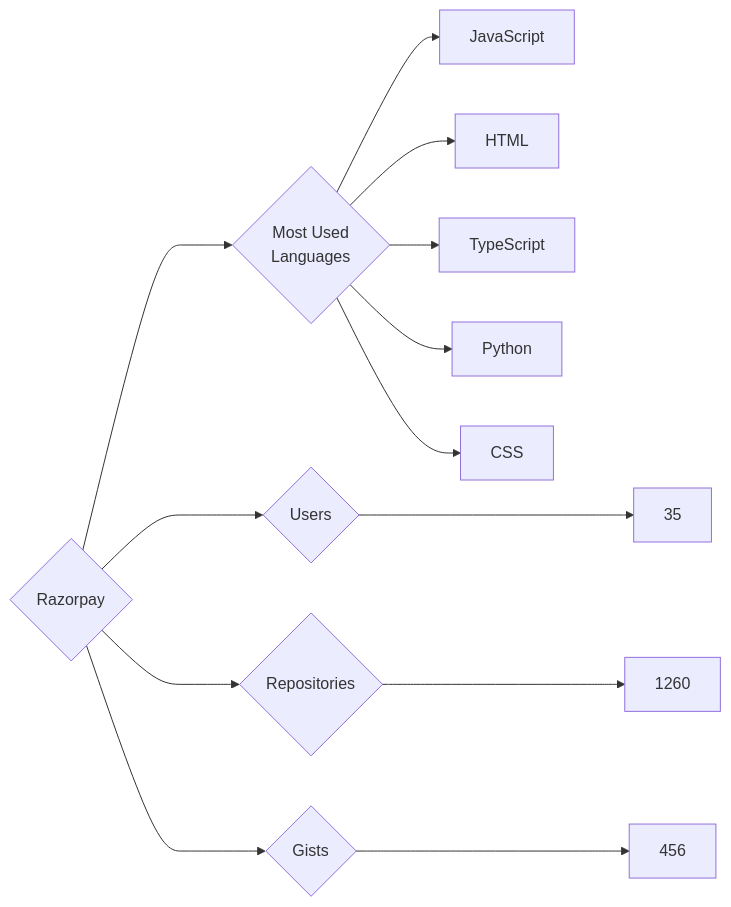
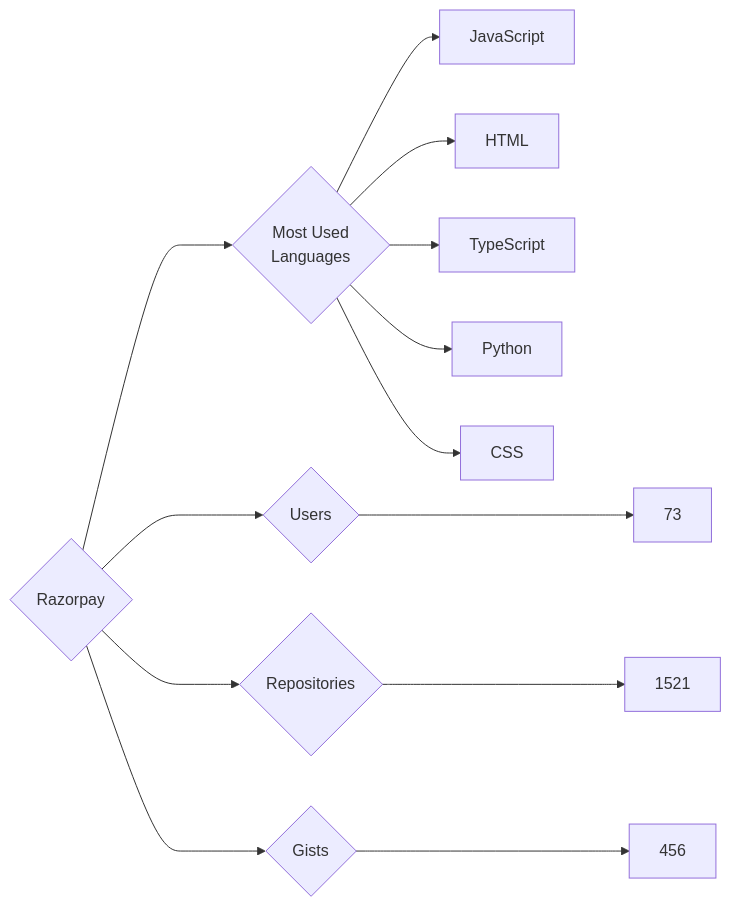
One commit to trickest/insiders changed the diagram in targets/Razorpay/README.md. Above: the diagram before and after it, drawn with Mermaid. The commit also changed 823 other files, not shown here.

````diff
--- a/targets/Razorpay/README.md
+++ b/targets/Razorpay/README.md
@@ -3,13 +3,13 @@
 ```mermaid
 graph LR
 COMPANY_NAME{Razorpay}
-COMPANY_NAME ---> U{Users} ---> UN[35]
-COMPANY_NAME ---> R{Repositories} ---> RN[1260]
+COMPANY_NAME ---> U{Users} ---> UN[73]
+COMPANY_NAME ---> R{Repositories} ---> RN[1521]
 COMPANY_NAME ---> G{Gists} ---> GN[456]
 COMPANY_NAME ---> ML{Most Used<br>Languages}
 ML --> JavaScript[JavaScript]
 ML --> HTML[HTML]
 ML --> TypeScript[TypeScript]
 ML --> Python[Python]
 ML --> CSS[CSS]
 ```
````
